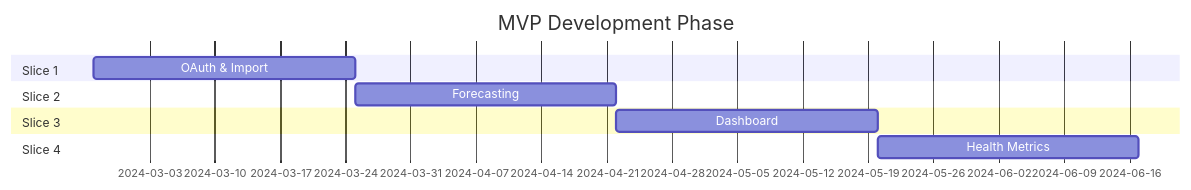
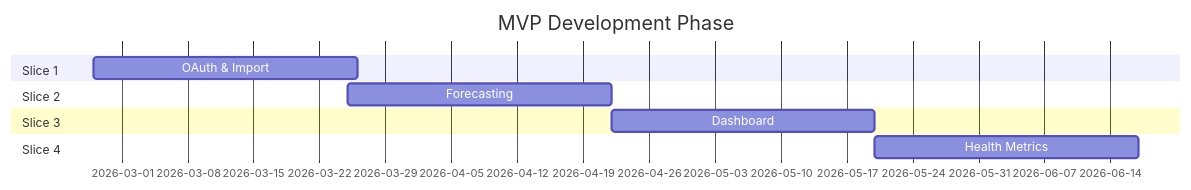
The seventh of 9 diagrams in docs/SAAS_PROJECT_ROADMAP.md (opreto/jira-monte-carlo), drawn with Mermaid before and after one commit. The commit also changed other lines of this file and 22 other files, not shown here.

````diff
--- a/docs/SAAS_PROJECT_ROADMAP.md
+++ b/docs/SAAS_PROJECT_ROADMAP.md
@@ -346,13 +346,13 @@
 ```mermaid
 gantt
     title MVP Development Phase
     dateFormat  YYYY-MM-DD
     section Slice 1
-    OAuth & Import       :2024-02-26, 4w
+    OAuth & Import       :2026-02-26, 4w
     section Slice 2
-    Forecasting          :2024-03-25, 4w
+    Forecasting          :2026-03-25, 4w
     section Slice 3
-    Dashboard            :2024-04-22, 4w
+    Dashboard            :2026-04-22, 4w
     section Slice 4
-    Health Metrics       :2024-05-20, 4w
+    Health Metrics       :2026-05-20, 4w
 ```
````
